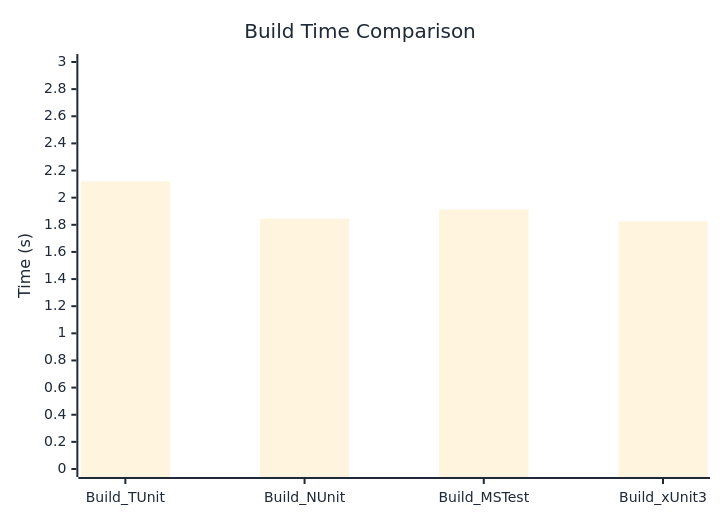
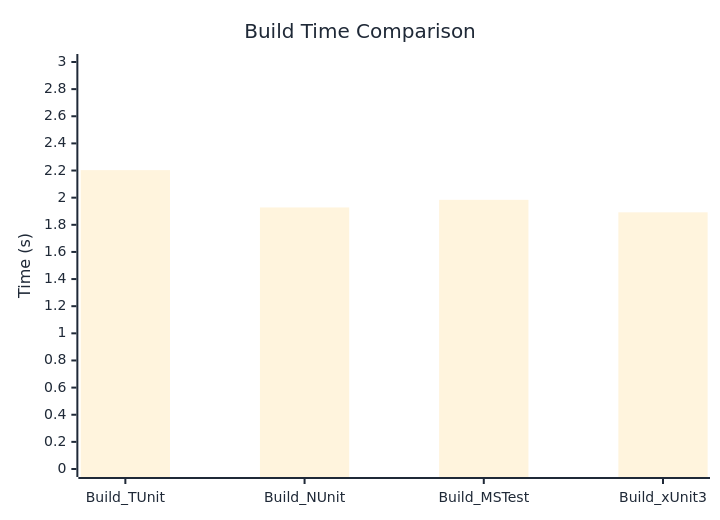
Before and after one commit to thomhurst/TUnit: the diagram in docs/docs/benchmarks/BuildTime.md, drawn with Mermaid. The commit also changed other lines of this file and 17 other files, not shown here.

````diff
--- a/docs/docs/benchmarks/BuildTime.md
+++ b/docs/docs/benchmarks/BuildTime.md
@@ -28,37 +28,37 @@
 ```mermaid
 %%{init: {
   'theme':'base',
   'themeVariables': {
     'primaryColor': '#2563eb',
     'primaryTextColor': '#1f2937',
     'primaryBorderColor': '#1e40af',
     'lineColor': '#6b7280',
     'secondaryColor': '#7c3aed',
     'tertiaryColor': '#dc2626',
     'background': '#ffffff',
     'mainBkg': '#2563eb',
     'secondBkg': '#7c3aed',
     'tertiaryBkg': '#dc2626',
     'clusterBkg': '#f3f4f6',
     'edgeLabelBackground': '#ffffff',
     'tertiaryTextColor': '#1f2937',
     'pie1': '#2563eb',
     'pie2': '#7c3aed',
     'pie3': '#dc2626',
     'pie4': '#f59e0b',
     'pie5': '#10b981',
     'pie6': '#06b6d4',
     'pie7': '#ec4899',
     'pie8': '#6366f1',
     'pie9': '#84cc16',
     'pie10': '#f97316',
     'pie11': '#14b8a6',
     'pie12': '#a855f7'
   }
 }}%%
 xychart-beta
   title "Build Time Comparison"
   x-axis ["Build_TUnit", "Build_NUnit", "Build_MSTest", "Build_xUnit3"]
   y-axis "Time (s)" 0 --> 3
-  bar [2.12, 1.845, 1.913, 1.826]
+  bar [2.203, 1.928, 1.984, 1.892]
 ```
````
